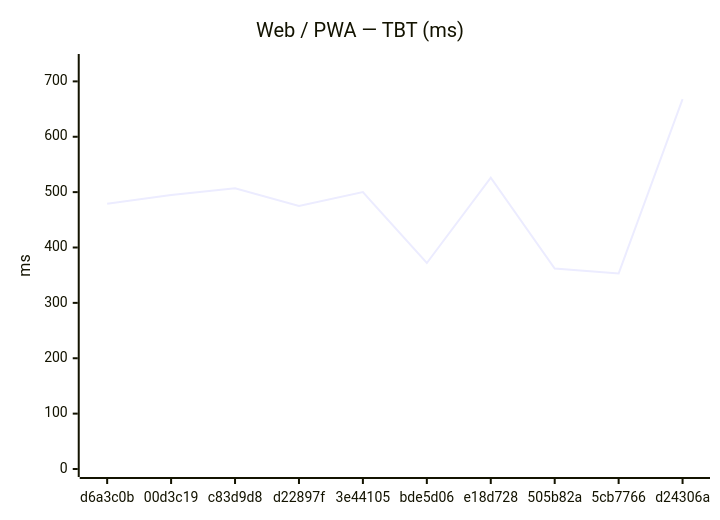
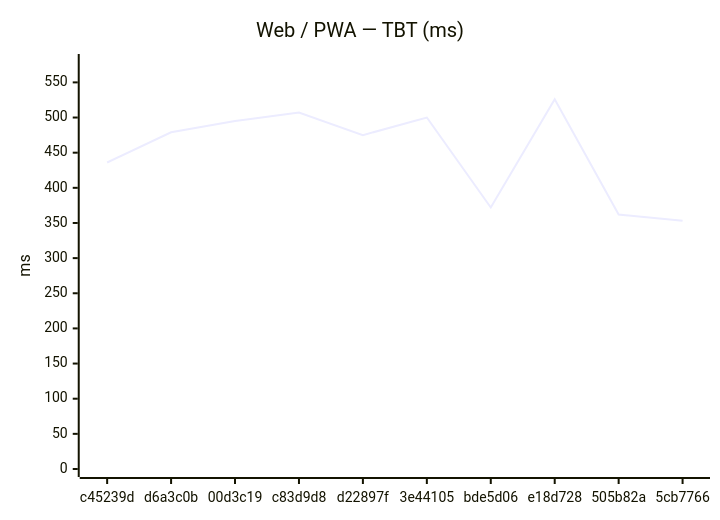
Before and after one commit to Metaheurist/Rianell: the second of 18 diagrams in benchmarks/compare.md, drawn with Mermaid. The commit also changed other lines of this file and 11 other files, not shown here.

````diff
--- a/benchmarks/compare.md
+++ b/benchmarks/compare.md
@@ -31,7 +31,7 @@
 ```mermaid
 xychart-beta
     title "Web / PWA — TBT (ms)"
-    x-axis ["d6a3c0b", "00d3c19", "c83d9d8", "d22897f", "3e44105", "bde5d06", "e18d728", "505b82a", "5cb7766", "d24306a"]
-    y-axis "ms" 0 --> 735
-    line [479, 495, 507, 475, 500, 372, 526, 362, 353, 668]
+    x-axis ["c45239d", "d6a3c0b", "00d3c19", "c83d9d8", "d22897f", "3e44105", "bde5d06", "e18d728", "505b82a", "5cb7766"]
+    y-axis "ms" 0 --> 579
+    line [436, 479, 495, 507, 475, 500, 372, 526, 362, 353]
 ```
````
